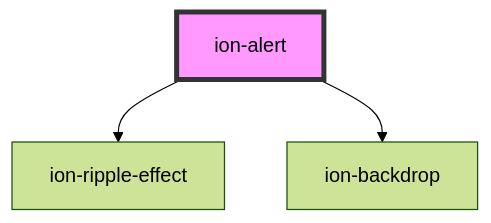
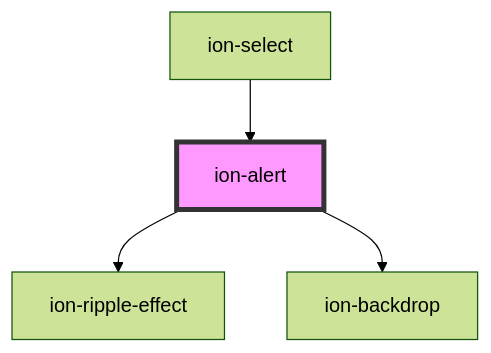
Before and after one commit to Ryu9425/ang_ionic: the diagram in core/src/components/alert/readme.md, drawn with Mermaid (forest theme). The commit also changed other lines of this file and 3 other files, not shown here.

````diff
--- a/core/src/components/alert/readme.md
+++ b/core/src/components/alert/readme.md
@@ -1872,6 +1876,7 @@
 ```mermaid
 graph TD;
   ion-alert --> ion-ripple-effect
   ion-alert --> ion-backdrop
+  ion-select --> ion-alert
   style ion-alert fill:#f9f,stroke:#333,stroke-width:4px
 ```
````
